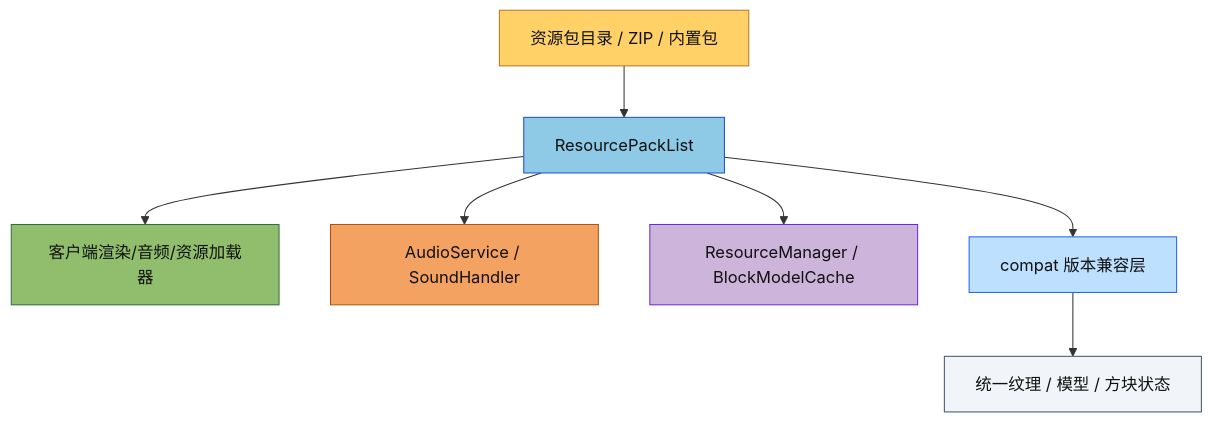
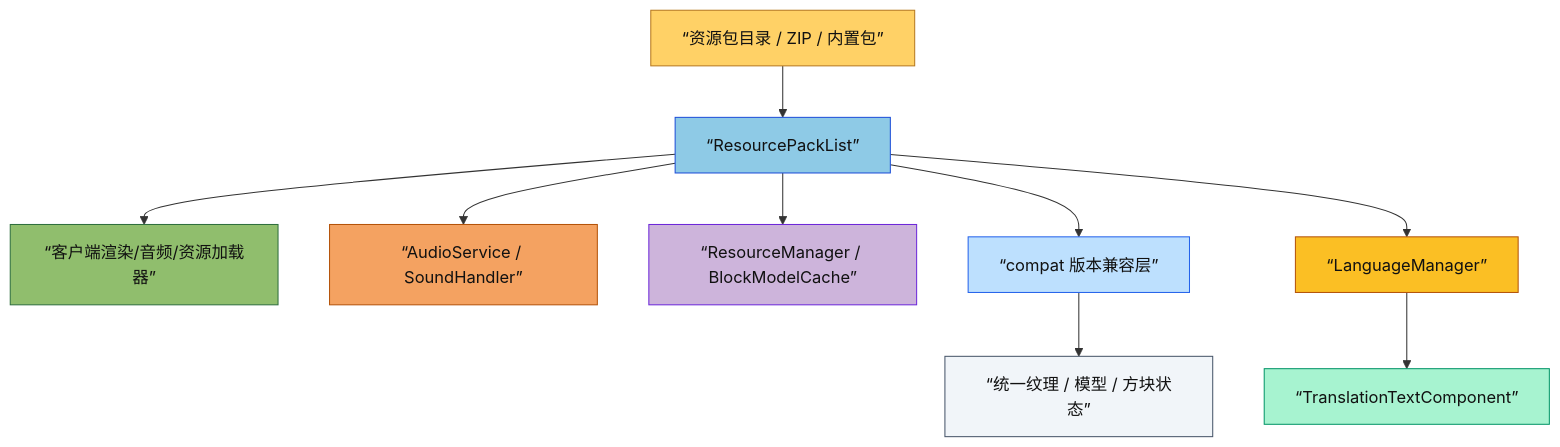
Before and after one commit to g122622/Cubium: the diagram in src/common/resource/README.md, drawn with Mermaid. The commit also changed other lines of this file and 10 other files, not shown here.

First line of the commit message:
feat(i18n): 实现 LanguageManager 多语言翻译系统

````diff
--- a/src/common/resource/README.md
+++ b/src/common/resource/README.md
@@ -126,17 +176,21 @@
 ```mermaid
 flowchart TB
-    Packs["资源包目录 / ZIP / 内置包"] --> List["ResourcePackList"]
-    List --> Reader["客户端渲染/音频/资源加载器"]
-    List --> Audio["AudioService / SoundHandler"]
-    List --> Render["ResourceManager / BlockModelCache"]
-    List --> Compat["compat 版本兼容层"]
-    Compat --> Unified["统一纹理 / 模型 / 方块状态"]
+    Packs[“资源包目录 / ZIP / 内置包”] --> List[“ResourcePackList”]
+    List --> Reader[“客户端渲染/音频/资源加载器”]
+    List --> Audio[“AudioService / SoundHandler”]
+    List --> Render[“ResourceManager / BlockModelCache”]
+    List --> Compat[“compat 版本兼容层”]
+    List --> Lang[“LanguageManager”]
+    Lang --> Text[“TranslationTextComponent”]
+    Compat --> Unified[“统一纹理 / 模型 / 方块状态”]
 
     style Packs fill:#ffd166,stroke:#b7791f,color:#111
     style List fill:#8ecae6,stroke:#1d4ed8,color:#111
     style Reader fill:#90be6d,stroke:#2f6f3e,color:#111
     style Audio fill:#f4a261,stroke:#b45309,color:#111
     style Render fill:#cdb4db,stroke:#6d28d9,color:#111
     style Compat fill:#bde0fe,stroke:#2563eb,color:#111
     style Unified fill:#f1f5f9,stroke:#475569,color:#111
+    style Lang fill:#fbbf24,stroke:#b45309,color:#111
+    style Text fill:#a7f3d0,stroke:#059669,color:#111
 ```
````
